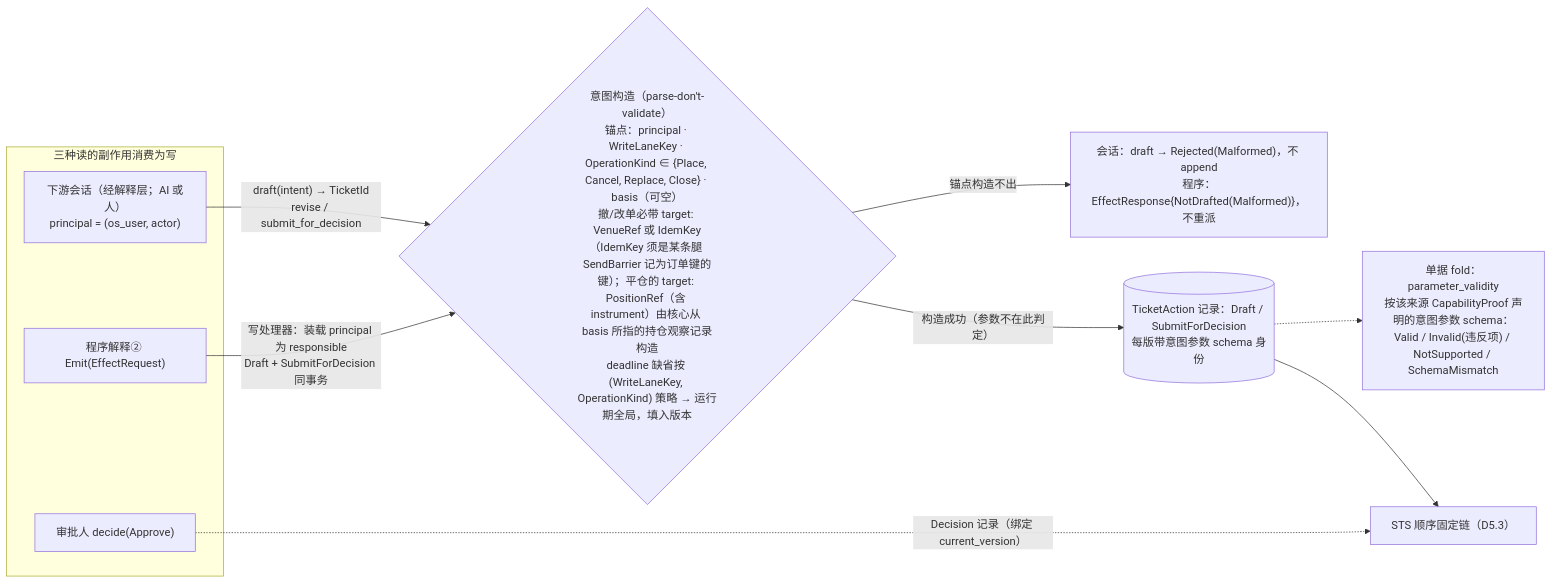
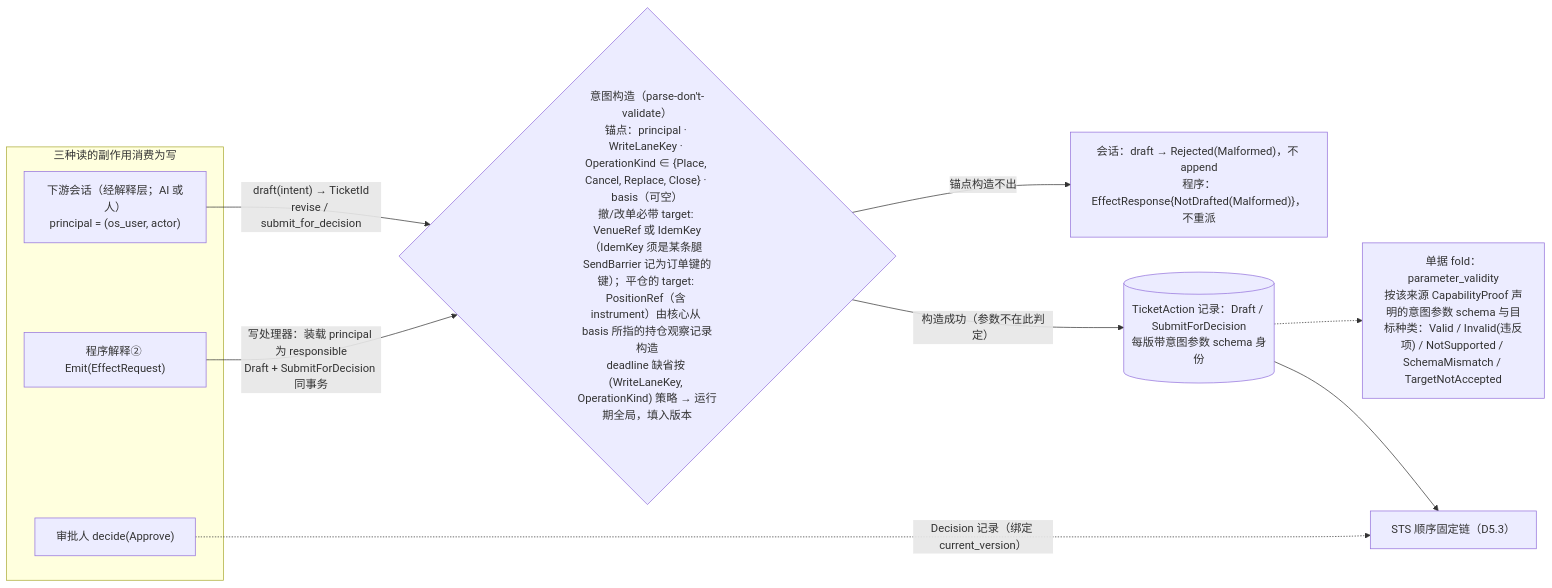
One commit to mouriya-s-lab/uta changed the second of 6 diagrams in design/diagrams/05-ticket-and-sts.md. Above: the diagram before and after it, drawn with Mermaid. The commit also changed other lines of this file and 8 other files, not shown here.

````diff
--- a/design/diagrams/05-ticket-and-sts.md
+++ b/design/diagrams/05-ticket-and-sts.md
@@ -58,16 +58,16 @@
 ```mermaid
 flowchart LR
   subgraph SRC["三种读的副作用消费为写"]
     AI["下游会话（经解释层；AI 或人）<br/>principal = (os_user, actor)"]
     PROG["程序解释② Emit(EffectRequest)"]
     APPR["审批人 decide(Approve)"]
   end
   AI -->|"draft(intent) → TicketId<br/>revise / submit_for_decision"| NORM
   PROG -->|"写处理器：装载 principal 为 responsible<br/>Draft + SubmitForDecision 同事务"| NORM
   NORM{"意图构造（parse-don't-validate）<br/>锚点：principal · WriteLaneKey · OperationKind ∈ {Place, Cancel, Replace, Close} · basis（可空）<br/>撤/改单必带 target: VenueRef 或 IdemKey（IdemKey 须是某条腿 SendBarrier 记为订单键的键）；平仓的 target: PositionRef（含 instrument）由核心从 basis 所指的持仓观察记录构造<br/>deadline 缺省按 (WriteLaneKey, OperationKind) 策略 → 运行期全局，填入版本"}
   NORM -->|"锚点构造不出"| MAL["会话：draft → Rejected(Malformed)，不 append<br/>程序：EffectResponse{NotDrafted(Malformed)}，不重派"]
   NORM -->|"构造成功（参数不在此判定）"| TK[("TicketAction 记录：Draft / SubmitForDecision<br/>每版带意图参数 schema 身份")]
-  TK -.-> PV["单据 fold：parameter_validity<br/>按该来源 CapabilityProof 声明的意图参数 schema：Valid / Invalid(违反项) / NotSupported / SchemaMismatch"]
+  TK -.-> PV["单据 fold：parameter_validity<br/>按该来源 CapabilityProof 声明的意图参数 schema 与目标种类：Valid / Invalid(违反项) / NotSupported / SchemaMismatch / TargetNotAccepted"]
   TK --> STS["STS 顺序固定链（D5.3）"]
   APPR -.->|"Decision 记录（绑定 current_version）"| STS
 ```
````
